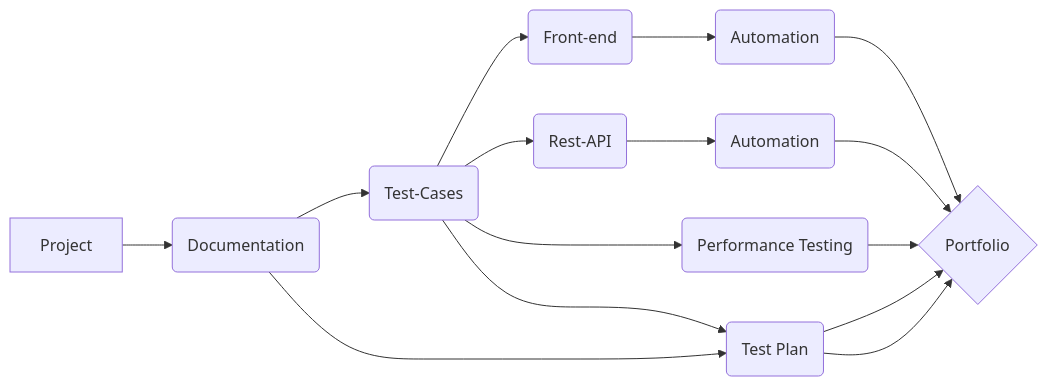
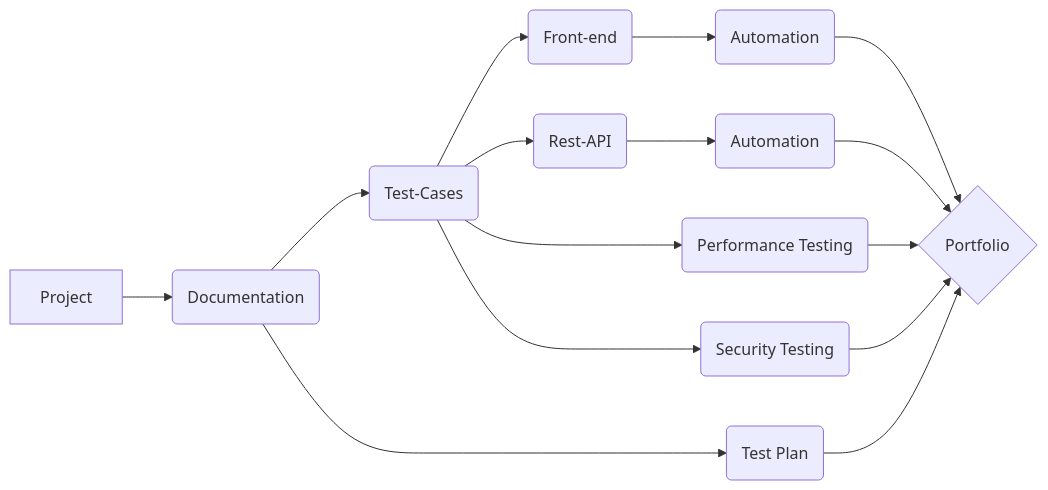
One commit to N-Uladzislau/Portfolio_Project changed the diagram in README.md. Above: the diagram before and after it, drawn with Mermaid.

````diff
--- a/README.md
+++ b/README.md
@@ -2,9 +2,9 @@
 ```mermaid
 graph LR
 A[Project] --> B(Documentation) --> C(Test-Cases)
 C --> Q(Front-end) --> W(Automation) --> F{Portfolio}
 C --> D(Rest-API) --> E(Automation) --> F{Portfolio}
 C --> R(Performance Testing) --> F{Portfolio}
 C --> Y(Security Testing) --> F{Portfolio}
-B --> Y(Test Plan) --> F{Portfolio}
+B --> U(Test Plan) --> F{Portfolio}
 ```
````
